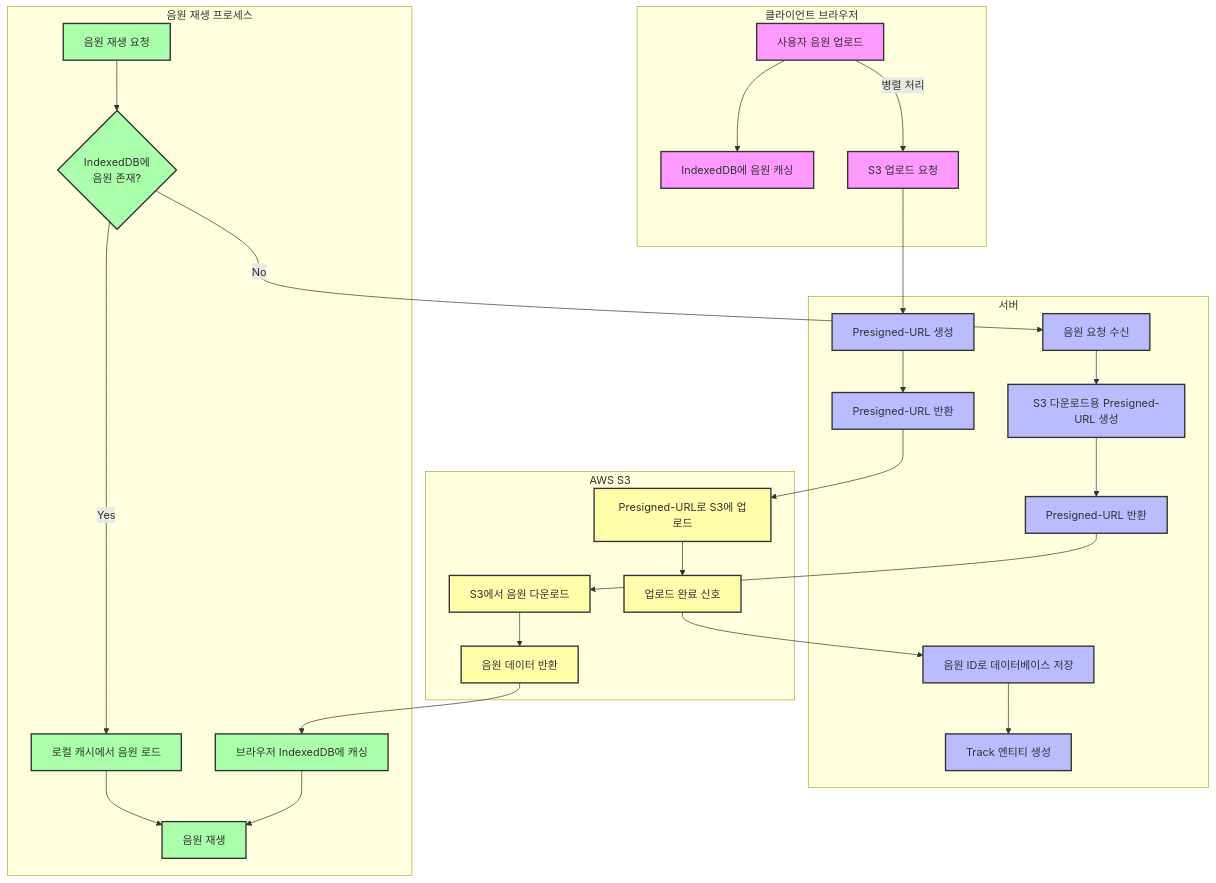
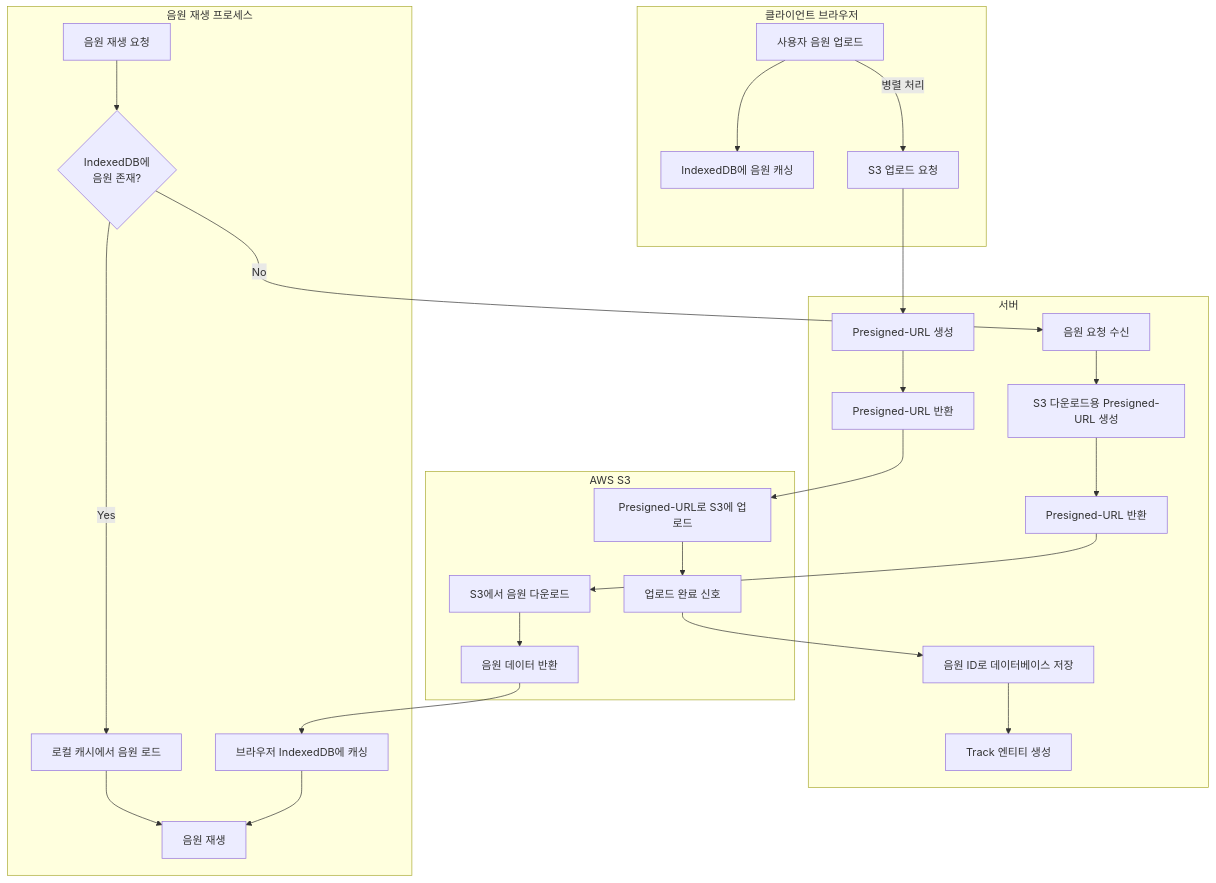
The third of 3 diagrams in README.md (f-ffff-f/wdj), drawn with Mermaid before and after one commit. The commit also changed other lines of this file, not shown here.

````diff
--- a/README.md
+++ b/README.md
@@ -101,47 +153,37 @@
    ```mermaid
     flowchart TD
         subgraph 클라이언트 브라우저
             A[사용자 음원 업로드] --> B1[IndexedDB에 음원 캐싱]
             A --> |병렬 처리| B2[S3 업로드 요청]
         end
         
         subgraph 서버
             B2 --> C[Presigned-URL 생성]
             C --> D[Presigned-URL 반환]
             
             G[음원 ID로 데이터베이스 저장] --> H[Track 엔티티 생성]
             
             K[음원 요청 수신] --> L[S3 다운로드용 Presigned-URL 생성]
             L --> M[Presigned-URL 반환]
         end
         
         subgraph AWS S3
             D --> E[Presigned-URL로 S3에 업로드]
             E --> F[업로드 완료 신호]
             
             N[S3에서 음원 다운로드] --> O[음원 데이터 반환]
         end
         
         F --> G
         
         subgraph 음원 재생 프로세스
             I[음원 재생 요청] --> J{IndexedDB에 
             음원 존재?}
             J -->|Yes| P[로컬 캐시에서 음원 로드]
             J -->|No| K
             M --> N
             O --> Q[브라우저 IndexedDB에 캐싱]
             P --> R[음원 재생]
             Q --> R
         end
-        
-        classDef browser fill:#f9f,stroke:#333,stroke-width:2px;
-        classDef server fill:#bbf,stroke:#333,stroke-width:2px;
-        classDef aws fill:#ffa,stroke:#333,stroke-width:2px;
-        classDef process fill:#afa,stroke:#333,stroke-width:2px;
-        
-        class A,B1,B2,I,J,P,Q,R browser;
-        class C,D,G,H,K,L,M server;
-        class E,F,N,O aws;
-        class I,J,P,Q,R process;
     ```
````
